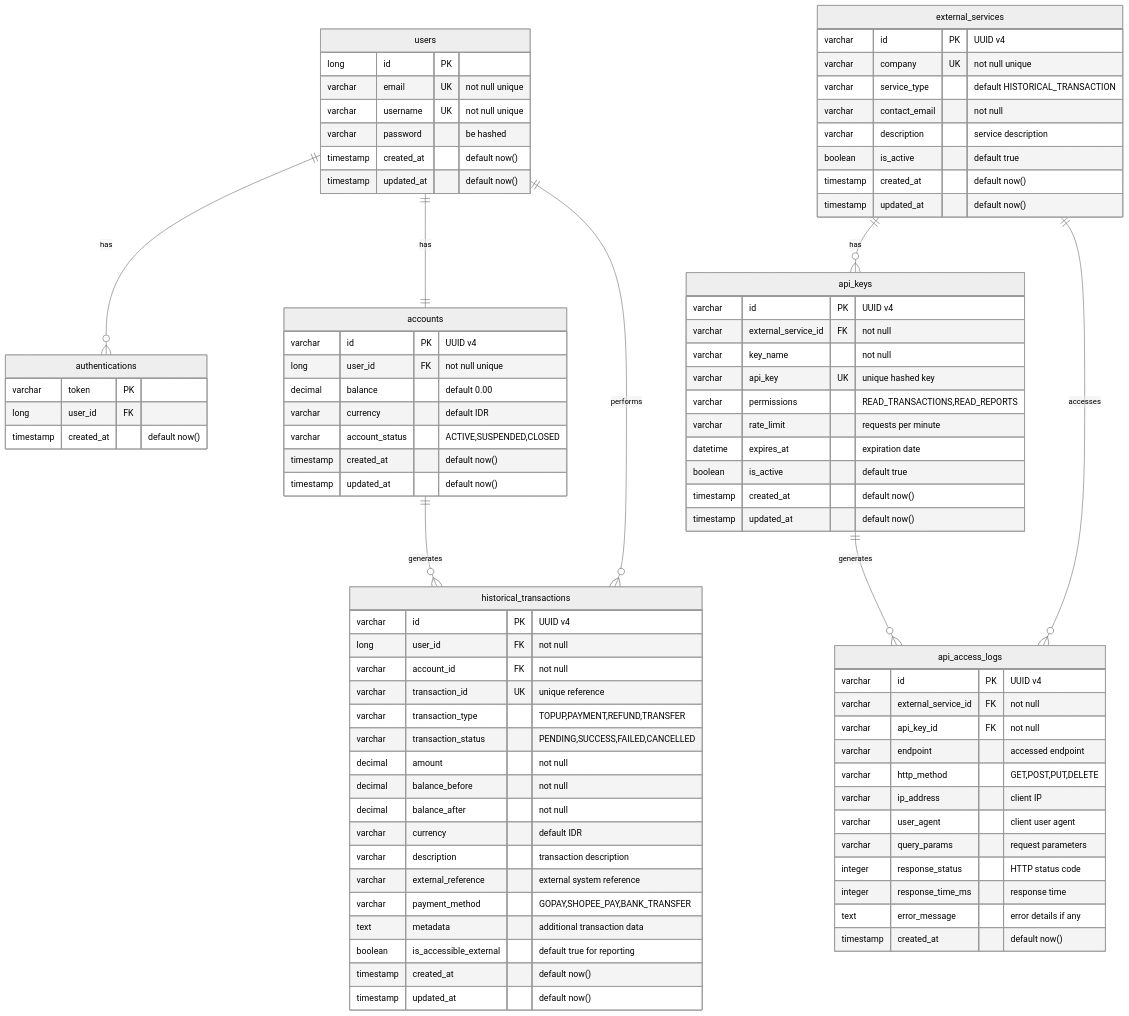
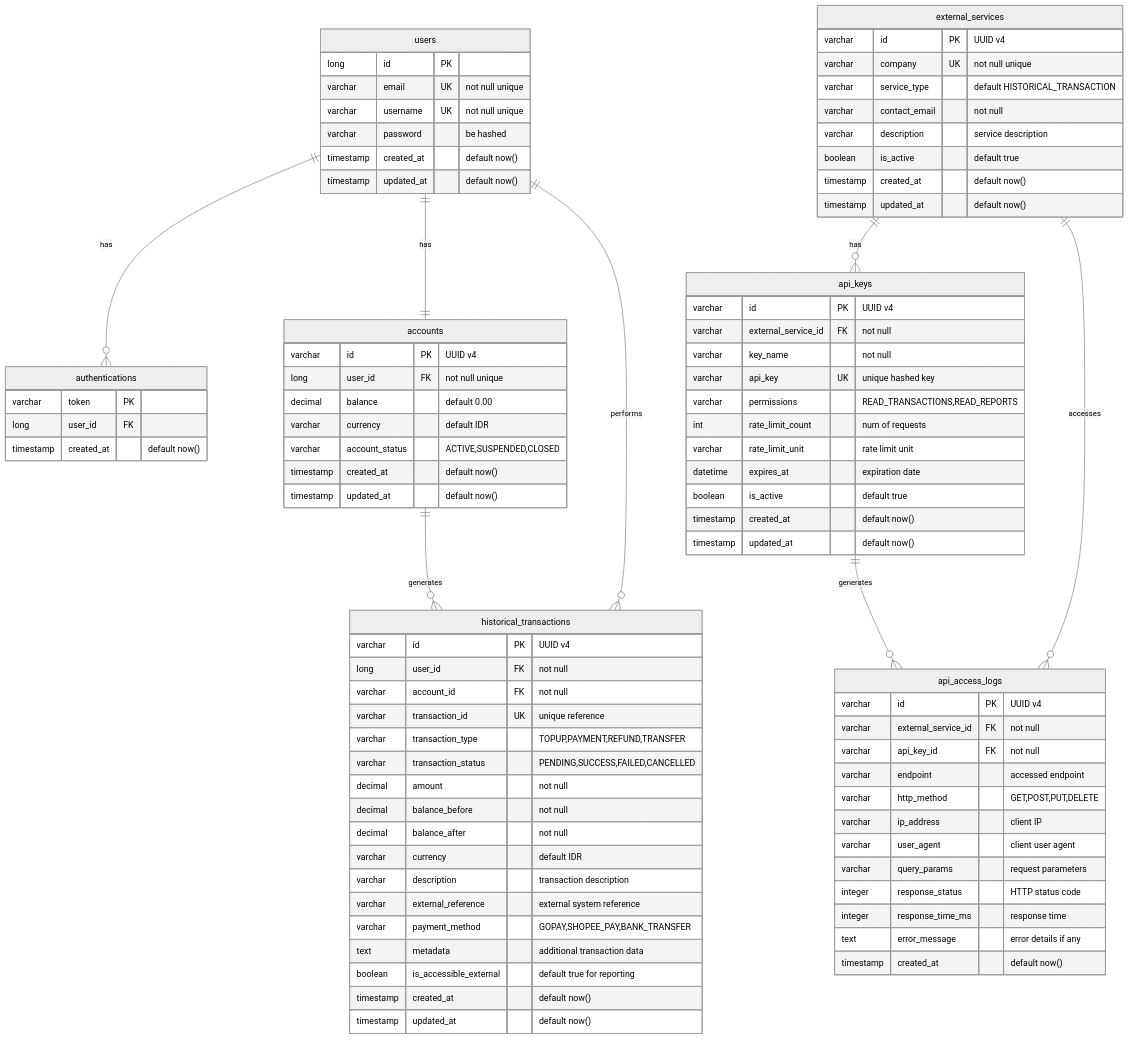
One commit to cisnux-seed/api-docs-fp-one-gate-payment changed the diagram in README.md. Above: the diagram before and after it, drawn with Mermaid (neutral theme).

Commit message:
refine: erd

```diff
--- a/README.md
+++ b/README.md
@@ -71,7 +71,8 @@
         varchar key_name "not null"
         varchar api_key UK "unique hashed key"
         varchar permissions "READ_TRANSACTIONS,READ_REPORTS"
-        varchar rate_limit "requests per minute"
+        int rate_limit_count "num of requests"
+        varchar rate_limit_unit "rate limit unit"
         datetime expires_at "expiration date"
         boolean is_active "default true"
         timestamp created_at "default now()"
```
